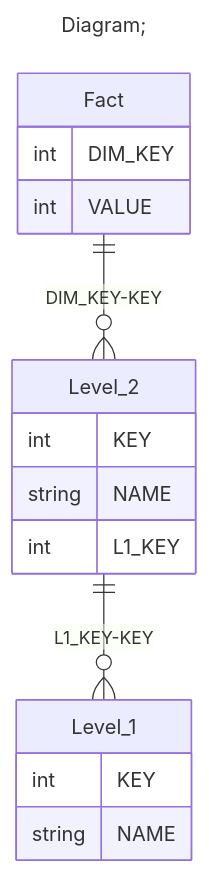
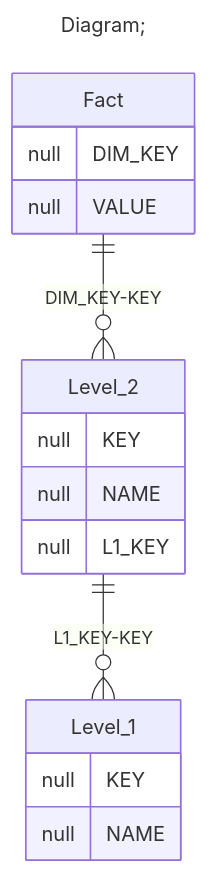
One commit to xmla-services/workground changed the third of 3 diagrams in demo/server/catalogs/min_Level_Join/README.MD. Above: the diagram before and after it, drawn with Mermaid. The commit also changed other lines of this file and 39 other files, not shown here.

````diff
--- a/demo/server/catalogs/min_Level_Join/README.MD
+++ b/demo/server/catalogs/min_Level_Join/README.MD
@@ -93,22 +93,22 @@
 ```mermaid
 ---
 title: Diagram;
 ---
 erDiagram
 Fact{
-int DIM_KEY
-int VALUE
+null DIM_KEY
+null VALUE
 }
 Level_1{
-int KEY
-string NAME
+null KEY
+null NAME
 }
 Level_2{
-int KEY
-string NAME
-int L1_KEY
+null KEY
+null NAME
+null L1_KEY
 }
 
 "Fact" ||--o{ "Level_2" : "DIM_KEY-KEY"
 "Level_2" ||--o{ "Level_1" : "L1_KEY-KEY"
 ```
````
